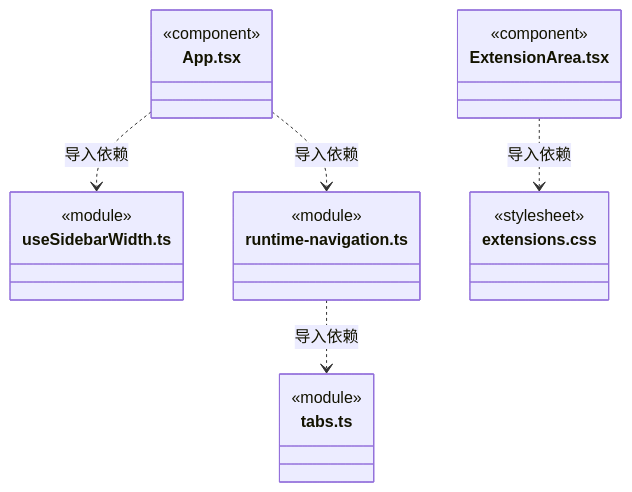
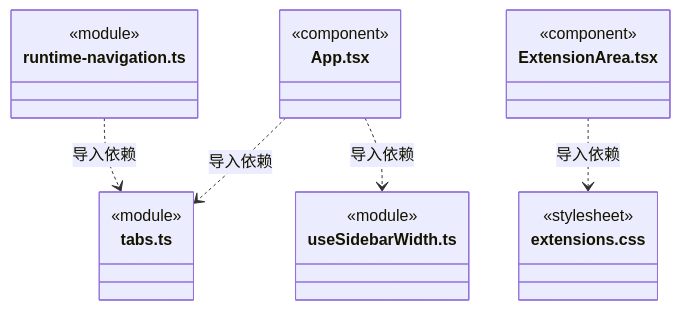
Diagram 17 of 18 in src/view/shell/ARCHITECTURE.md (nan023062/cbim), drawn with Mermaid before and after one commit. The commit also changed other lines of this file and 112 other files, not shown here.

Commit message:
docs: align source architecture with current declarations and contracts

````diff
--- a/src/view/shell/ARCHITECTURE.md
+++ b/src/view/shell/ARCHITECTURE.md
@@ -372,25 +373,25 @@
 ```mermaid
 classDiagram
 class N_src_view_shell_App_tsx["App.tsx"] {
   <<component>>
 }
-class N_src_view_shell_useSidebarWidth_ts["useSidebarWidth.ts"] {
+class N_src_view_shell_tabs_ts["tabs.ts"] {
   <<module>>
 }
-class N_src_view_shell_runtime_navigation_ts["runtime-navigation.ts"] {
+class N_src_view_shell_useSidebarWidth_ts["useSidebarWidth.ts"] {
   <<module>>
 }
 class N_src_view_shell_ExtensionArea_tsx["ExtensionArea.tsx"] {
   <<component>>
 }
 class N_src_view_shell_extensions_css["extensions.css"] {
   <<stylesheet>>
 }
-class N_src_view_shell_tabs_ts["tabs.ts"] {
+class N_src_view_shell_runtime_navigation_ts["runtime-navigation.ts"] {
   <<module>>
 }
+N_src_view_shell_App_tsx ..> N_src_view_shell_tabs_ts : 导入依赖
 N_src_view_shell_App_tsx ..> N_src_view_shell_useSidebarWidth_ts : 导入依赖
-N_src_view_shell_App_tsx ..> N_src_view_shell_runtime_navigation_ts : 导入依赖
 N_src_view_shell_ExtensionArea_tsx ..> N_src_view_shell_extensions_css : 导入依赖
 N_src_view_shell_runtime_navigation_ts ..> N_src_view_shell_tabs_ts : 导入依赖
 ```
````
